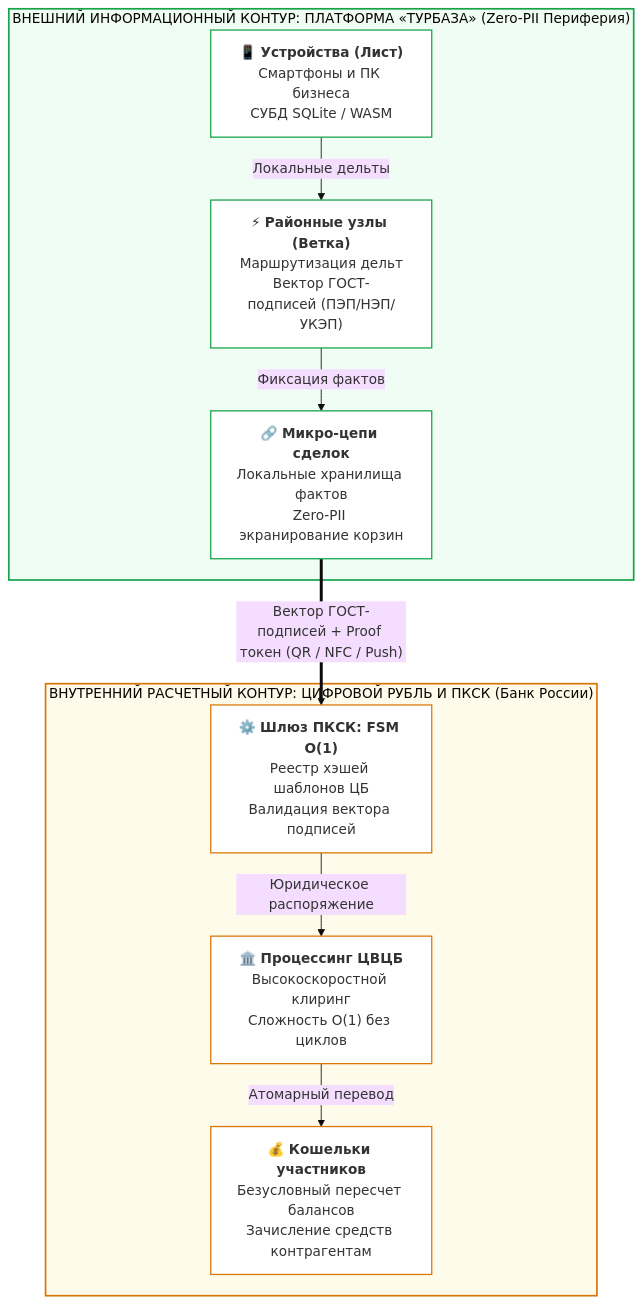
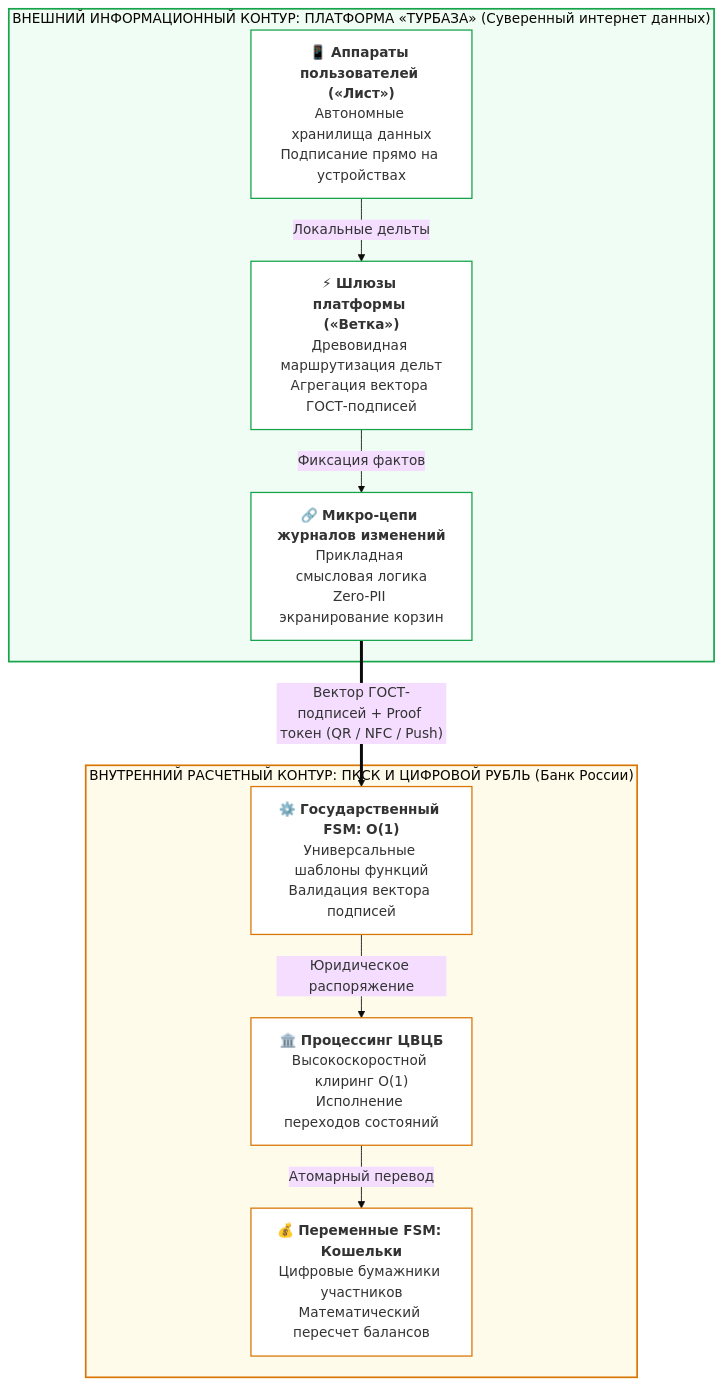
Before and after one commit to Data-Independence-Network/presentations: the second of 7 diagrams in shared_docs/whitepapers/06_cbr_smart_contracts_fsm_whitepaper.md, drawn with Mermaid (base theme). The commit also changed other lines of this file and 1 other file, not shown here.

First line of the commit message:
docs(whitepaper-06): separate CBR state FSM from Turbase sovereign data platform

````diff
--- a/shared_docs/whitepapers/06_cbr_smart_contracts_fsm_whitepaper.md
+++ b/shared_docs/whitepapers/06_cbr_smart_contracts_fsm_whitepaper.md
@@ -158,29 +158,29 @@
 ```mermaid
 flowchart TD
-    subgraph UpperLayer ["ВНЕШНИЙ ИНФОРМАЦИОННЫЙ КОНТУР: ПЛАТФОРМА «ТУРБАЗА» (Zero-PII Периферия)"]
-        L1["📱 <b>Устройства (Лист)</b><br/>Смартфоны и ПК бизнеса<br/>СУБД SQLite / WASM"]
-        B1["⚡ <b>Районные узлы (Ветка)</b><br/>Маршрутизация дельт<br/>Вектор ГОСТ-подписей (ПЭП/НЭП/УКЭП)"]
-        M1["🔗 <b>Микро-цепи сделок</b><br/>Локальные хранилища фактов<br/>Zero-PII экранирование корзин"]
+    subgraph UpperLayer ["ВНЕШНИЙ ИНФОРМАЦИОННЫЙ КОНТУР: ПЛАТФОРМА «ТУРБАЗА» (Суверенный интернет данных)"]
+        L1["📱 <b>Аппараты пользователей («Лист»)</b><br/>Автономные хранилища данных<br/>Подписание прямо на устройствах"]
+        B1["⚡ <b>Шлюзы платформы («Ветка»)</b><br/>Древовидная маршрутизация дельт<br/>Агрегация вектора ГОСТ-подписей"]
+        M1["🔗 <b>Микро-цепи журналов изменений</b><br/>Прикладная смысловая логика<br/>Zero-PII экранирование корзин"]
         L1 -->|"Локальные дельты"| B1
         B1 -->|"Фиксация фактов"| M1
     end
 
-    subgraph LowerLayer ["ВНУТРЕННИЙ РАСЧЕТНЫЙ КОНТУР: ЦИФРОВОЙ РУБЛЬ И ПКСК (Банк России)"]
-        K1["⚙️ <b>Шлюз ПКСК: FSM O(1)</b><br/>Реестр хэшей шаблонов ЦБ<br/>Валидация вектора подписей"]
-        P1["🏛️ <b>Процессинг ЦВЦБ</b><br/>Высокоскоростной клиринг<br/>Сложность O(1) без циклов"]
-        W1["💰 <b>Кошельки участников</b><br/>Безусловный пересчет балансов<br/>Зачисление средств контрагентам"]
+    subgraph LowerLayer ["ВНУТРЕННИЙ РАСЧЕТНЫЙ КОНТУР: ПКСК И ЦИФРОВОЙ РУБЛЬ (Банк России)"]
+        K1["⚙️ <b>Государственный FSM: O(1)</b><br/>Универсальные шаблоны функций<br/>Валидация вектора подписей"]
+        P1["🏛️ <b>Процессинг ЦВЦБ</b><br/>Высокоскоростной клиринг O(1)<br/>Исполнение переходов состояний"]
+        W1["💰 <b>Переменные FSM: Кошельки</b><br/>Цифровые бумажники участников<br/>Математический пересчет балансов"]
         K1 -->|"Юридическое распоряжение"| P1
         P1 -->|"Атомарный перевод"| W1
     end
 
     M1 ==>|"Вектор ГОСТ-подписей + Proof токен (QR / NFC / Push)"| K1
 
     style UpperLayer fill:#f0fdf4,stroke:#16a34a,stroke-width:2px
     style LowerLayer fill:#fffbeb,stroke:#d97706,stroke-width:2px
     style L1 fill:#ffffff,stroke:#16a34a,stroke-width:1.5px
     style B1 fill:#ffffff,stroke:#16a34a,stroke-width:1.5px
     style M1 fill:#ffffff,stroke:#16a34a,stroke-width:1.5px
     style K1 fill:#ffffff,stroke:#d97706,stroke-width:1.5px
     style P1 fill:#ffffff,stroke:#d97706,stroke-width:1.5px
     style W1 fill:#ffffff,stroke:#d97706,stroke-width:1.5px
 ```
````
